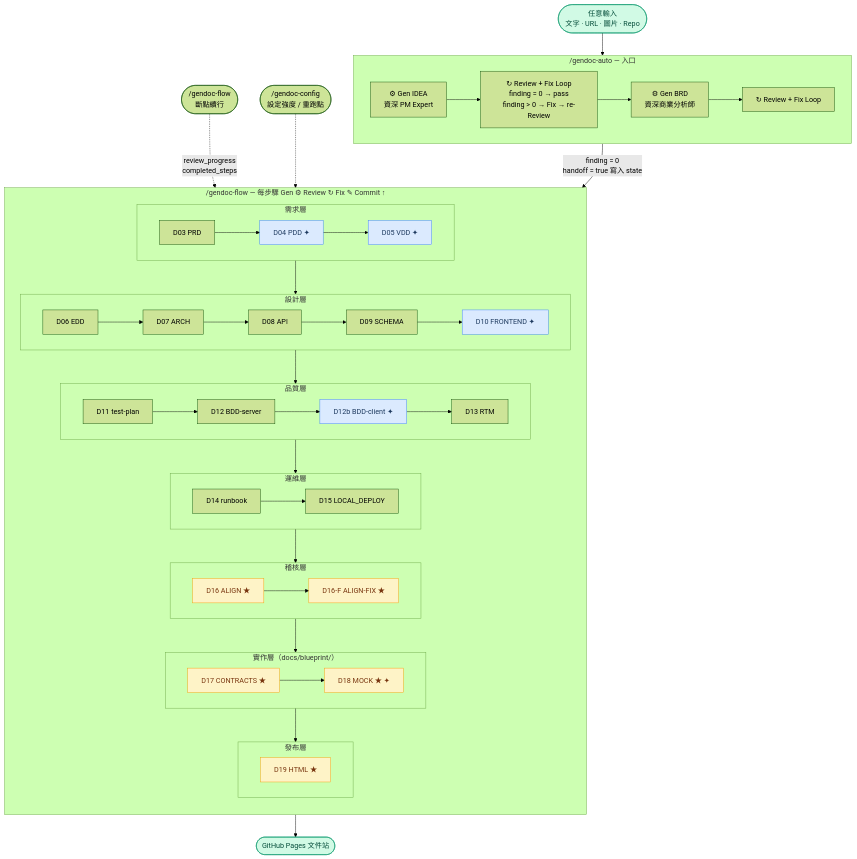
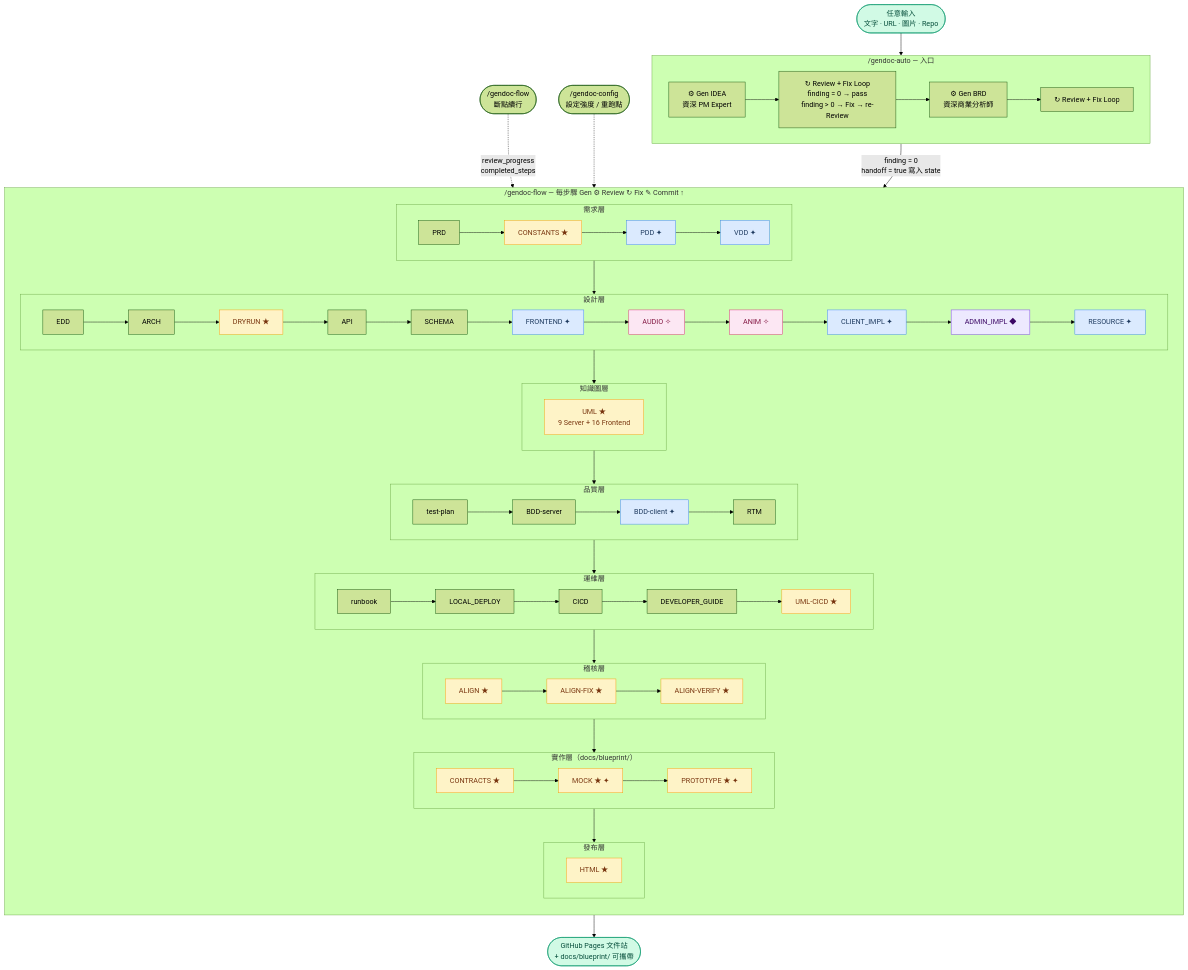
The second of 4 diagrams in docs/PRD.md (ibalasite/gendoc), drawn with Mermaid (forest theme) before and after one commit. The commit also changed other lines of this file and 7 other files, not shown here.

First line of the commit message:
docs(gendoc): 更新 README + PRD v3.0 + 重新生成 HTML 文件站

````diff
--- a/docs/PRD.md
+++ b/docs/PRD.md
@@ -459,56 +461,57 @@
 ```mermaid
 flowchart TD
     INPUT([任意輸入\n文字 · URL · 圖片 · Repo]) --> AUTO
-
     subgraph AUTO["/gendoc-auto — 入口"]
         direction LR
         G1["⚙ Gen IDEA\n資深 PM Expert"] --> R1["↻ Review + Fix Loop\nfinding = 0 → pass\nfinding > 0 → Fix → re-Review"]
         R1 --> G2["⚙ Gen BRD\n資深商業分析師"]
         G2 --> R2["↻ Review + Fix Loop"]
     end
-
     R2 -->|"finding = 0\nhandoff = true 寫入 state"| FLOW
-
     subgraph FLOW["/gendoc-flow — 每步驟 Gen ⚙ Review ↻ Fix ✎ Commit ↑"]
         direction TD
         subgraph REQ["需求層"]
             direction LR
-            D03["D03 PRD"] --> D04["D04 PDD ✦"] --> D05["D05 VDD ✦"]
+            NP["PRD"] --> NCO["CONSTANTS ★"] --> NPD["PDD ✦"] --> NVD["VDD ✦"]
         end
         subgraph DES["設計層"]
             direction LR
-            D06["D06 EDD"] --> D07["D07 ARCH"] --> D08["D08 API"] --> D09["D09 SCHEMA"] --> D10["D10 FRONTEND ✦"]
+            NED["EDD"] --> NAR["ARCH"] --> NDR["DRYRUN ★"] --> NAPI["API"] --> NSC["SCHEMA"] --> NFR["FRONTEND ✦"] --> NAU["AUDIO ✧"] --> NAN["ANIM ✧"] --> NCI["CLIENT_IMPL ✦"] --> NAIM["ADMIN_IMPL ◆"] --> NRS["RESOURCE ✦"]
+        end
+        subgraph UML_L["知識圖層"]
+            NUML["UML ★\n9 Server + 16 Frontend"]
         end
         subgraph QA["品質層"]
             direction LR
-            D11["D11 test-plan"] --> D12["D12 BDD-server"] --> D12b["D12b BDD-client ✦"] --> D13["D13 RTM"]
+            NTP["test-plan"] --> NBS["BDD-server"] --> NBC["BDD-client ✦"] --> NRTM["RTM"]
         end
         subgraph OPS["運維層"]
             direction LR
-            D14["D14 runbook"] --> D15["D15 LOCAL_DEPLOY"]
+            NRB["runbook"] --> NLD["LOCAL_DEPLOY"] --> NCIC["CICD"] --> NDG["DEVELOPER_GUIDE"] --> NUC["UML-CICD ★"]
         end
         subgraph AUDIT["稽核層"]
-            D16["D16 ALIGN ★"] --> D16F["D16-F ALIGN-FIX ★"]
+            NAL["ALIGN ★"] --> NALF["ALIGN-FIX ★"] --> NALV["ALIGN-VERIFY ★"]
         end
         subgraph IMPL["實作層（docs/blueprint/）"]
             direction LR
-            D17["D17 CONTRACTS ★"] --> D18["D18 MOCK ★ ✦"]
+            NCT["CONTRACTS ★"] --> NMK["MOCK ★ ✦"] --> NPRT["PROTOTYPE ★ ✦"]
         end
         subgraph PUB["發布層"]
-            D19["D19 HTML ★"]
+            NHL["HTML ★"]
         end
-        REQ --> DES --> QA --> OPS --> AUDIT --> IMPL --> PUB
+        REQ --> DES --> UML_L --> QA --> OPS --> AUDIT --> IMPL --> PUB
     end
-
-    FLOW --> DONE([GitHub Pages 文件站])
-
+    FLOW --> DONE([GitHub Pages 文件站\n+ docs/blueprint/ 可攜帶])
     RESUME(["/gendoc-flow\n斷點續行"]) -.->|"review_progress\ncompleted_steps"| FLOW
     CONFIG(["/gendoc-config\n設定強度 / 重跑點"]) -.-> FLOW
-
     classDef condNode fill:#dbeafe,stroke:#3b82f6,color:#1e3a5f
+    classDef gameNode fill:#fce7f3,stroke:#db2777,color:#831843
     classDef specNode fill:#fef3c7,stroke:#f59e0b,color:#78350f
+    classDef adminNode fill:#ede9fe,stroke:#7c3aed,color:#3b0764
     classDef ioNode fill:#d1fae5,stroke:#059669,color:#064e3b
-    class D04,D05,D10,D12b,D18 condNode
-    class D16,D16F,D17,D18,D19 specNode
+    class NPD,NVD,NFR,NBC,NCI,NRS,NMK,NPRT condNode
+    class NAU,NAN gameNode
+    class NCO,NDR,NUML,NUC,NAL,NALF,NALV,NCT,NMK,NPRT,NHL specNode
+    class NAIM adminNode
     class INPUT,DONE ioNode
 ```
````
